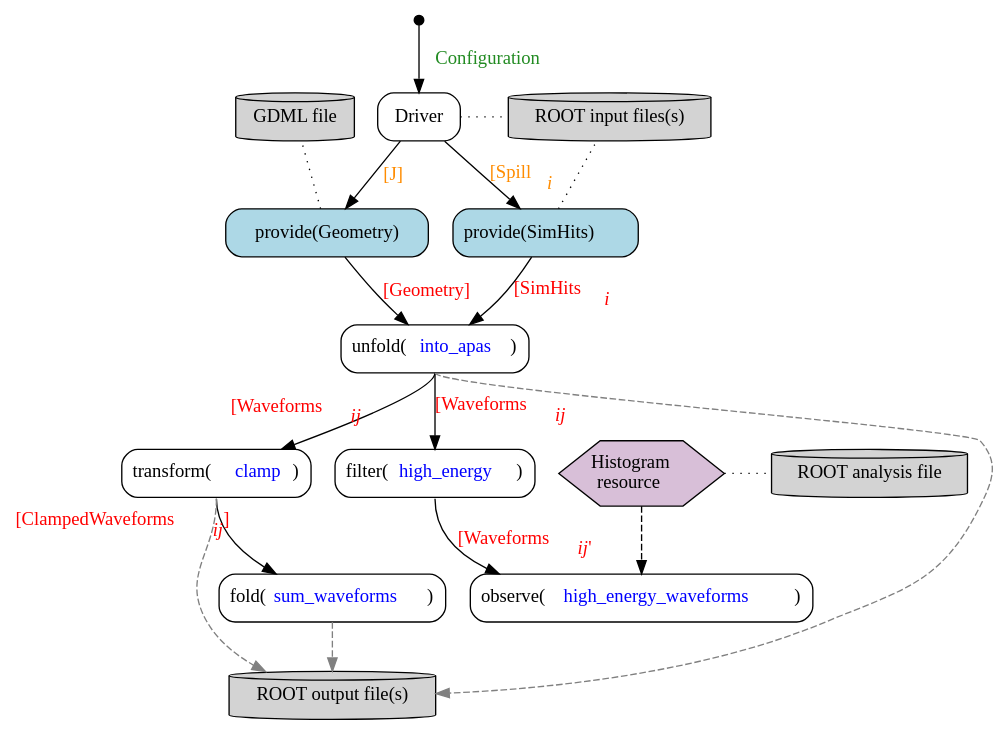
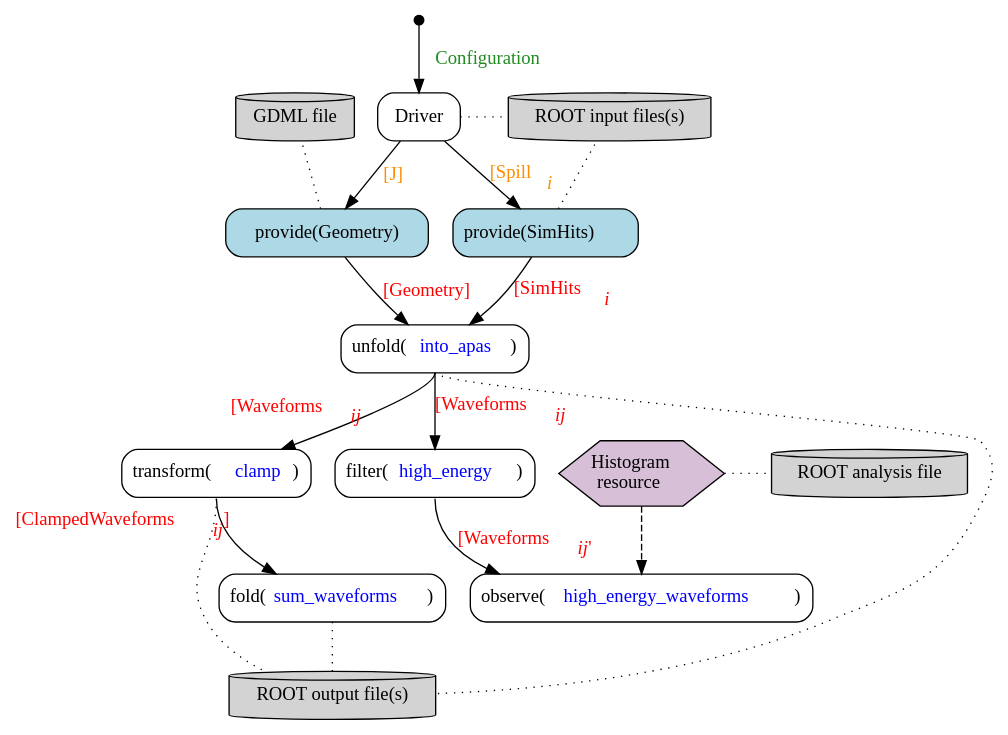
One commit to Framework-R-D/phlex-design changed the diagram in doc/graphviz/work-flow.gv. Above: the diagram before and after it, drawn with Graphviz.

Commit message:
Use dotted lines for IO

```diff
--- a/doc/graphviz/work-flow.gv
+++ b/doc/graphviz/work-flow.gv
@@ -1,65 +1,65 @@
 digraph {
   node [shape="box", style="rounded"]
   edge [fontcolor="red"];
 
   start [shape="point", width=0.1]
   unfold [label=<unfold(<font color="blue">into_apas</font>)>]
   transform [label=<transform(<font color="blue">clamp</font>)>]
   fold [label=<fold(<font color="blue">sum_waveforms</font>)>]
   filter [label=<filter(<font color="blue">high_energy</font>)>];
   observer [label=<observe(<font color="blue">high_energy_waveforms</font>)>];
   out [label="ROOT output file(s)", shape="cylinder", style="filled", fillcolor="lightgray"]
 
   {
     rank=same;
     resource [label=<Histogram<br/> resource>,
               shape=hexagon,
               style=filled,
               fillcolor=thistle,
               margin=0];
     root [label="ROOT analysis file", style=filled, shape=cylinder];
   }
 
   start -> driver [label=" Configuration", fontcolor="forestgreen"];
 
   {
     rank=same;
     gdml [label="GDML file", shape="cylinder", style="filled", fillcolor="lightgray"]
     driver [label="Driver"];
     input [label="ROOT input files(s)", shape="cylinder", style="filled", fillcolor="lightgray"];
   }
 
   driver -> input [style="dotted", arrowhead=none];
 
   {
     rank=same;
     geometry [label="provide(Geometry)", style="filled,rounded", fillcolor="lightblue"];
     sim_hits_provider [label=<provide(SimHits)>, style="filled,rounded" fillcolor="lightblue"];
   }
 
   driver -> geometry [label=" [J]", fontcolor="darkorange"];
   driver -> sim_hits_provider [label=< [Spill<sub><i>i</i></sub>]>, fontcolor="darkorange"];
 
   geometry -> gdml [style="dotted", arrowhead=none];
   resource -> root [style="dotted", arrowhead=none];
 
   sim_hits_provider -> input [style="dotted", arrowhead=none];
   sim_hits_provider -> unfold [label=< [SimHits<sub><i>i</i></sub>]>];
   geometry -> unfold [label=< [Geometry]>];
 
   unfold:s -> transform [xlabel=< [Waveforms<sub><i>ij</i></sub>]>];
   transform:s -> fold [taillabel=<[ClampedWaveforms<sub><i>ij</i></sub>] >,
                        labelangle=-80,
                        labeldistance=7
                       ];
 
-  unfold:s -> out [style="dashed", color="gray"];
-  transform:s -> out [style="dashed", color="gray"];
+  unfold:s -> out [style="dotted", arrowhead=none];
+  transform:s -> out [style="dotted", arrowhead=none];
 
 
   unfold:s -> filter [label=< [Waveforms<sub><i>ij</i></sub>]>];
   filter:s -> observer [label=< [Waveforms<sub><i>ij</i> '</sub>]>];
   resource -> observer [style="dashed"];
 
-  fold:s -> out [style="dashed", color="gray"];
+  fold:s -> out [style="dotted", arrowhead=none];
 }
```
